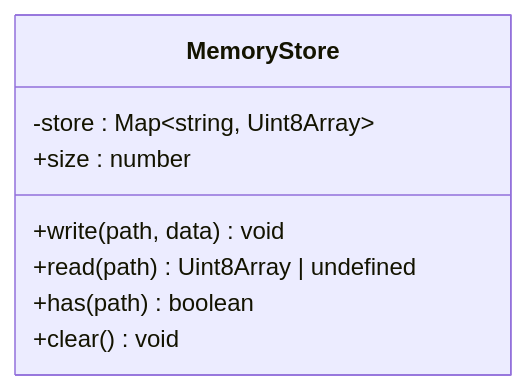
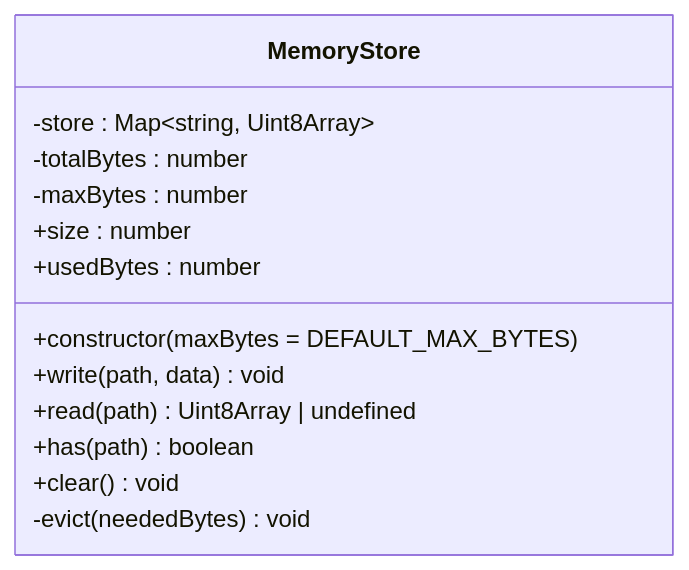
One commit to taoweidong/Hello-Tauri changed the third of 7 diagrams in .qoder/repowiki/zh/content/核心模块/内存存储.md. Above: the diagram before and after it, drawn with Mermaid. The commit also changed other lines of this file and 119 other files, not shown here.

````diff
--- a/.qoder/repowiki/zh/content/核心模块/内存存储.md
+++ b/.qoder/repowiki/zh/content/核心模块/内存存储.md
@@ -110,11 +128,16 @@
 ```mermaid
 classDiagram
 class MemoryStore {
 -store : Map~string, Uint8Array~
+-totalBytes : number
+-maxBytes : number
++constructor(maxBytes = DEFAULT_MAX_BYTES)
 +write(path, data) void
 +read(path) Uint8Array | undefined
 +has(path) boolean
 +clear() void
 +size : number
++usedBytes : number
+-evict(neededBytes) void
 }
 ```
````
